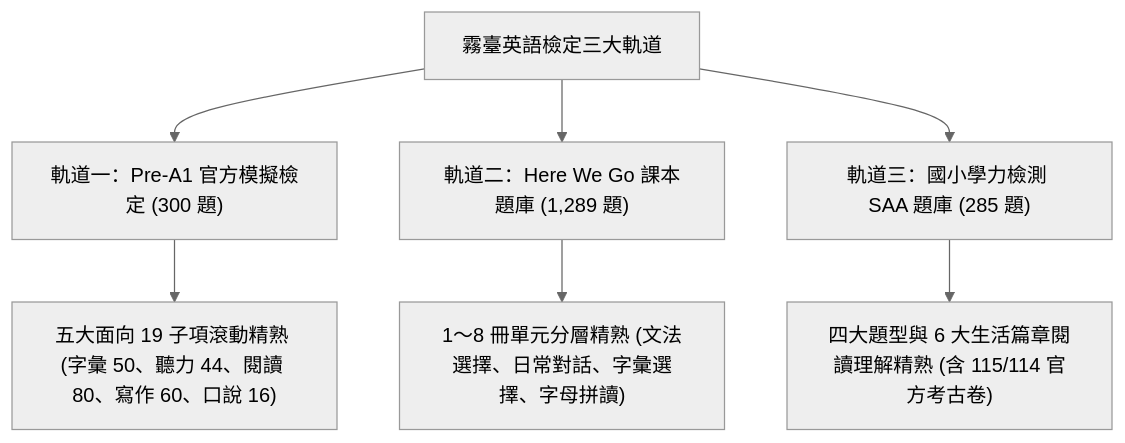
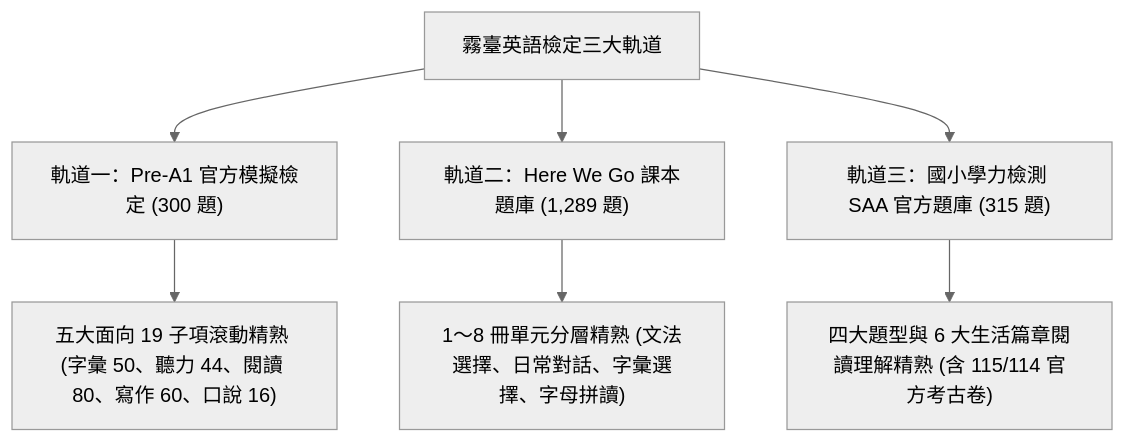
The first of 3 diagrams in docs/exam/THREE_EXAM_TRACKS_MASTERY_AND_LEADERBOARD_SPEC.md (u864001/wutaivocab), drawn with Mermaid (neutral theme) before and after one commit. The commit also changed other lines of this file and 84 other files, not shown here.

````diff
--- a/docs/exam/THREE_EXAM_TRACKS_MASTERY_AND_LEADERBOARD_SPEC.md
+++ b/docs/exam/THREE_EXAM_TRACKS_MASTERY_AND_LEADERBOARD_SPEC.md
@@ -26,10 +26,10 @@
 ```mermaid
 flowchart TD
     A["霧臺英語檢定三大軌道"] --> B["軌道一：Pre-A1 官方模擬檢定 (300 題)"]
     A --> C["軌道二：Here We Go 課本題庫 (1,289 題)"]
-    A --> D["軌道三：國小學力檢測 SAA 題庫 (285 題)"]
+    A --> D["軌道三：國小學力檢測 SAA 官方題庫 (315 題)"]
     
     B --> B1["五大面向 19 子項滾動精熟 (字彙 50、聽力 44、閱讀 80、寫作 60、口說 16)"]
     C --> C1["1～8 冊單元分層精熟 (文法選擇、日常對話、字彙選擇、字母拼讀)"]
     D --> D1["四大題型與 6 大生活篇章閱讀理解精熟 (含 115/114 官方考古卷)"]
 ```
````
